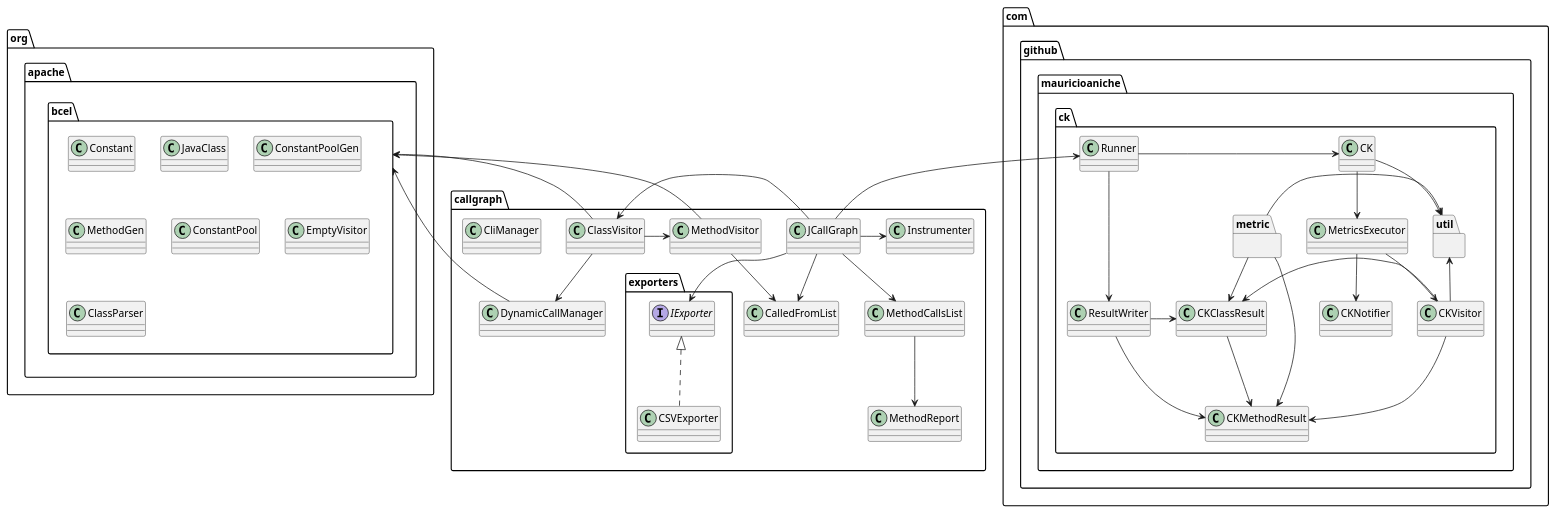
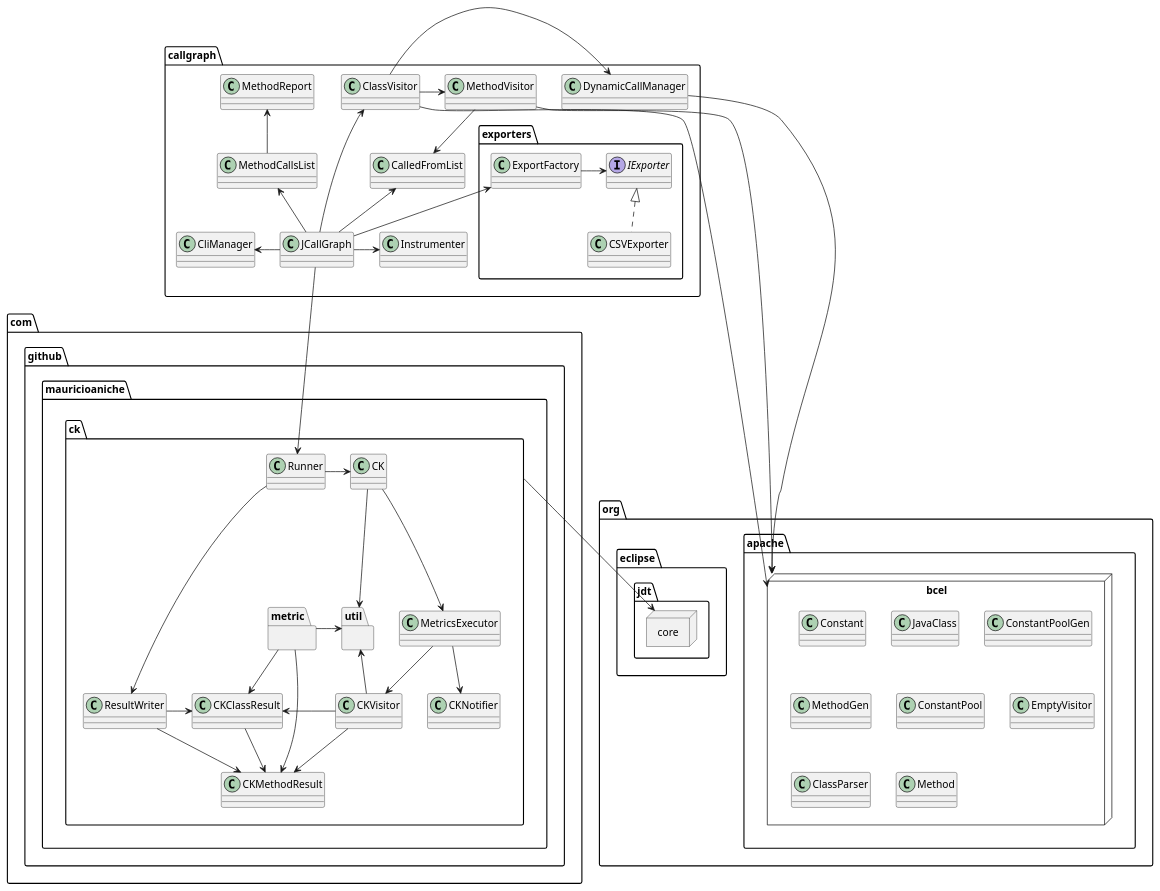
Before and after one commit to iakigarci/BytecodeAnalysis: the diagram in TFG/uml/diagrama_de_componentes.plantuml, drawn with PlantUML. The commit also changed 6 other files, not shown here.

Commit message:
feat: Nuevos diagramas, antes de introducir factory

```diff
--- a/TFG/uml/diagrama_de_componentes.plantuml
+++ b/TFG/uml/diagrama_de_componentes.plantuml
@@ -1,115 +1,126 @@
 @startuml components
 
 
 package callgraph {
 
     class CalledFromList {
     }
 
     class ClassVisitor  { 
     }
 
 ' extends EmptyVisitor
     class CliManager {
 
     }
 
     class DynamicCallManager {
     }
 
     class Instrumenter {
     }
 
     class JCallGraph {
     }
 
     class MethodCallsList {
     }
 
     class MethodReport {
     }
 
     class MethodVisitor {
     }
     package exporters {
         interface IExporter {
             }
 
         class CSVExporter implements IExporter {
             }
+        class ExportFactory {}
     }
 }
 
 
 package com.github.mauricioaniche.ck {
     package util {}
     package metric {}
 
     class CK {}
     class CKClassResult {}
     class CKMethodResult {}
     class CKNotifier {}
     class CKVisitor {}
     class MetricsExecutor {}
     class ResultWriter {}
     class ResultWriter {}
     class Runner {}
 }
 
-package org.apache.bcel {
+package org.apache.bcel <<Node>> {
     class Constant {}
     class JavaClass {}
     class ConstantPoolGen {}
     class MethodGen {}
     class ConstantPool {}
     class EmptyVisitor {}
     class ClassParser {}
+    class Method {}
 }
 
+package org.eclipse.jdt.core <<Node>> {
+
+}
 
 /' JCG '/
 
-ClassVisitor -down-> DynamicCallManager
+ClassVisitor -left-> DynamicCallManager
 ClassVisitor -> MethodVisitor
-ClassVisitor -up-> org.apache.bcel
+ClassVisitor -> org.apache.bcel
+
 
 JCallGraph -> ClassVisitor
-JCallGraph -down-> MethodCallsList
-JCallGraph -down-> CalledFromList
-JCallGraph -right-> Instrumenter
-JCallGraph -up-> Runner
-JCallGraph -down-> IExporter
+JCallGraph -up-> MethodCallsList
+JCallGraph -up-> CalledFromList
+JCallGraph -> Instrumenter
+JCallGraph -down-> Runner
+JCallGraph -up-> ExportFactory
+JCallGraph -left-> CliManager
 
-MethodCallsList -down-> MethodReport
+MethodCallsList -up-> MethodReport
 
 MethodVisitor -down-> CalledFromList
-MethodVisitor -up-> org.apache.bcel
+MethodVisitor -> org.apache.bcel
 
 DynamicCallManager -> org.apache.bcel
 
+ExportFactory -> IExporter
+
 /' CK '/
+
+com.github.mauricioaniche.ck -down-> org.eclipse.jdt.core
 
 Runner -right-> CK
 Runner -> ResultWriter
 
 CKVisitor -> CKClassResult
 CKVisitor -up-> util
 ResultWriter -> CKClassResult
 metric -down-> CKClassResult
 
 CKVisitor -> CKMethodResult
 ResultWriter -> CKMethodResult
 metric -down-> CKMethodResult
 CKClassResult -down-> CKMethodResult
 
 MetricsExecutor -down-> CKNotifier
 
 MetricsExecutor -down-> CKVisitor
 
 CK -down-> MetricsExecutor
 CK -> util
 
 metric -> util
 
 
 @enduml
```
